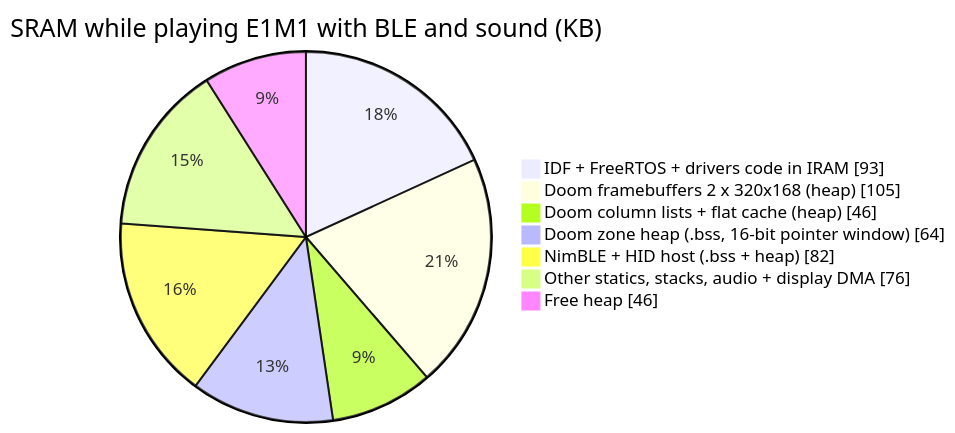
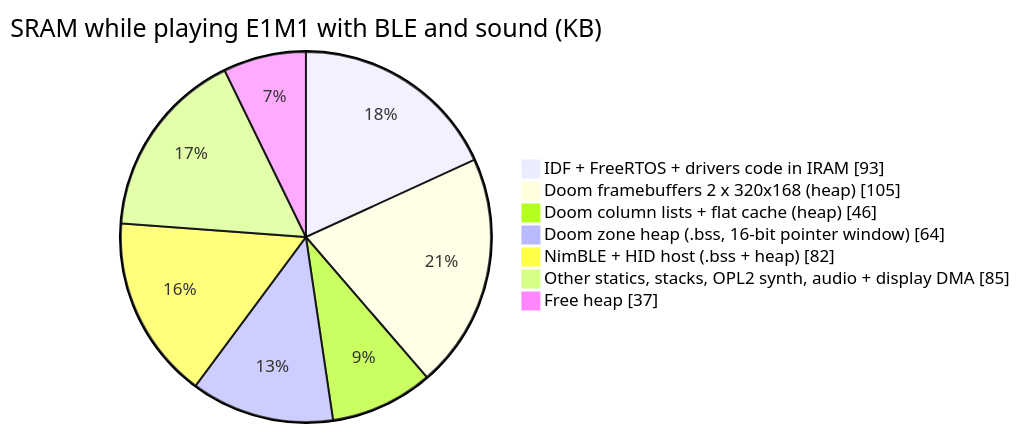
Before and after one commit to aedile/DIABLITO: the fourth of 6 diagrams in README.md, drawn with Mermaid. The commit also changed other lines of this file and 13 other files, not shown here.

````diff
--- a/README.md
+++ b/README.md
@@ -149,11 +151,11 @@
 ```mermaid
 pie showData
     title SRAM while playing E1M1 with BLE and sound (KB)
     "IDF + FreeRTOS + drivers code in IRAM" : 93
     "Doom framebuffers 2 x 320x168 (heap)" : 105
     "Doom column lists + flat cache (heap)" : 46
     "Doom zone heap (.bss, 16-bit pointer window)" : 64
     "NimBLE + HID host (.bss + heap)" : 82
-    "Other statics, stacks, audio + display DMA" : 76
-    "Free heap" : 46
+    "Other statics, stacks, OPL2 synth, audio + display DMA" : 85
+    "Free heap" : 37
 ```
````
